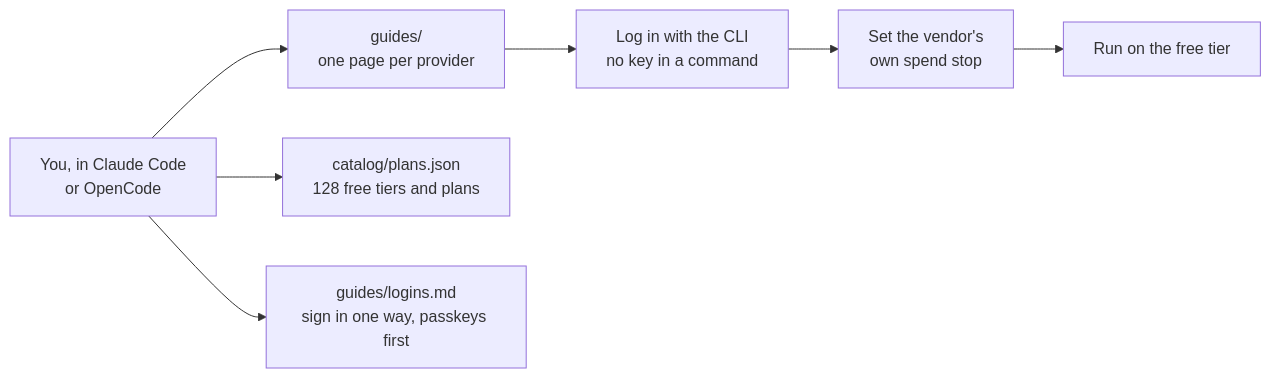
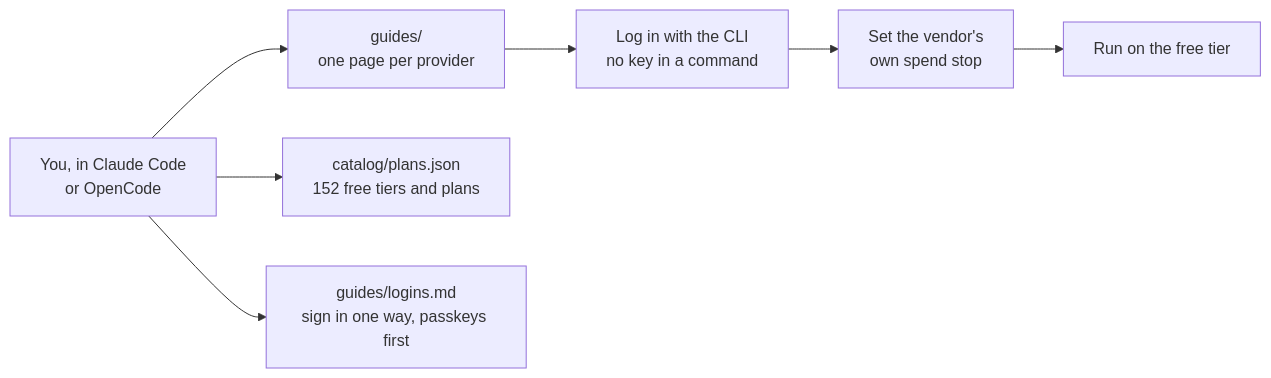
Before and after one commit to SoulCraft-Org/compute-crafter: the diagram in README.md, drawn with Mermaid. The commit also changed other lines of this file and 4 other files, not shown here.

````diff
--- a/README.md
+++ b/README.md
@@ -5,9 +5,9 @@
 ```mermaid
 flowchart LR
   Y[You, in Claude Code<br/>or OpenCode] --> G[guides/<br/>one page per provider]
-  Y --> C[catalog/plans.json<br/>128 free tiers and plans]
+  Y --> C[catalog/plans.json<br/>152 free tiers and plans]
   G --> L[Log in with the CLI<br/>no key in a command]
   L --> S[Set the vendor's<br/>own spend stop]
   S --> R[Run on the free tier]
   Y --> A[guides/logins.md<br/>sign in one way, passkeys first]
 ```
````
